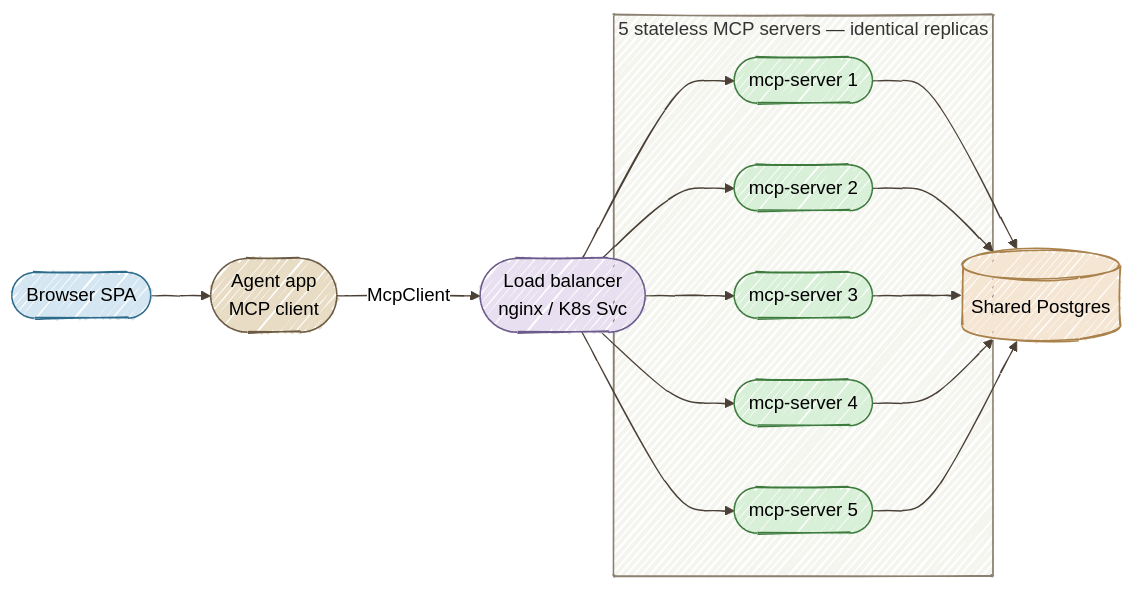
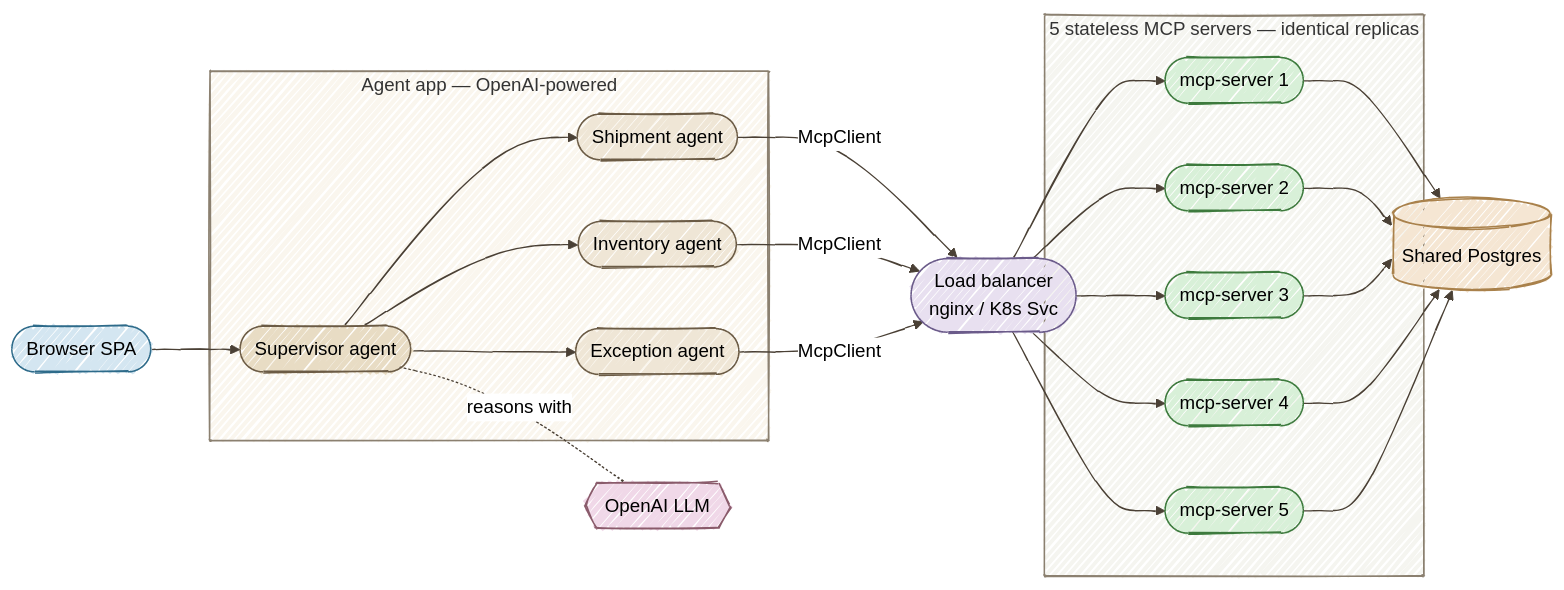
Before and after one commit to danieloh30/stateless-mcp-quarkus: the diagram in README.md, drawn with Mermaid. The commit also changed other lines of this file and 20 other files, not shown here.

First line of the commit message:
Make the agent a real OpenAI supervisor+sub-agents; add badges; reorganize into packages

````diff
--- a/README.md
+++ b/README.md
@@ -19,42 +25,61 @@
 ```mermaid
 %%{init: {'look':'handDrawn','theme':'neutral','themeVariables': {'lineColor':'#4A4035'}}}%%
 flowchart LR
     UI([Browser SPA])
-    AGENT([Agent app<br/>MCP client])
+    LLM{{OpenAI LLM}}
+
+    subgraph agentapp["Agent app — OpenAI-powered"]
+        SUP([Supervisor agent])
+        SA([Shipment agent])
+        IA([Inventory agent])
+        EA([Exception agent])
+        SUP --> SA
+        SUP --> IA
+        SUP --> EA
+    end
+
     LB([Load balancer<br/>nginx / K8s Svc])
     DB[(Shared Postgres)]
 
-    UI --> AGENT
-    AGENT -- McpClient --> LB
+    UI --> SUP
+    SUP -. reasons with .- LLM
+    SA -- McpClient --> LB
+    IA -- McpClient --> LB
+    EA -- McpClient --> LB
 
     subgraph fleet["5 stateless MCP servers — identical replicas"]
         S1([mcp-server 1])
         S2([mcp-server 2])
         S3([mcp-server 3])
         S4([mcp-server 4])
         S5([mcp-server 5])
     end
 
     LB --> S1
     LB --> S2
     LB --> S3
     LB --> S4
     LB --> S5
 
     S1 --> DB
     S2 --> DB
     S3 --> DB
     S4 --> DB
     S5 --> DB
 
     style UI fill:#D4E6F1,stroke:#2E6B8A
-    style AGENT fill:#E8DCC4,stroke:#6B5B45
+    style LLM fill:#F0D8E8,stroke:#8A5B6B
+    style SUP fill:#E8DCC4,stroke:#6B5B45
+    style SA fill:#EFE6D6,stroke:#6B5B45
+    style IA fill:#EFE6D6,stroke:#6B5B45
+    style EA fill:#EFE6D6,stroke:#6B5B45
     style LB fill:#E8E0F0,stroke:#6B5B8A
     style DB fill:#F5E6D3,stroke:#A9814B
     style S1 fill:#D8F0D8,stroke:#3D7A3D
     style S2 fill:#D8F0D8,stroke:#3D7A3D
     style S3 fill:#D8F0D8,stroke:#3D7A3D
     style S4 fill:#D8F0D8,stroke:#3D7A3D
     style S5 fill:#D8F0D8,stroke:#3D7A3D
+    style agentapp fill:#FAF6EE,stroke:#8B8070
     style fleet fill:#F5F5F0,stroke:#8B8070
 ```
````
